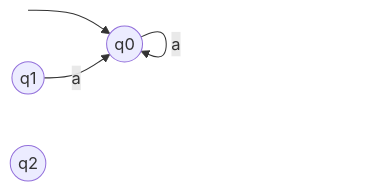
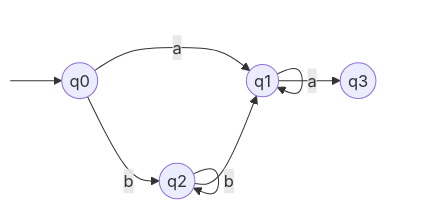
The first of 2 diagrams in sem3/TIN/UE/bf/TI-bf-u03.md (bfeitknecht/vault), drawn with Mermaid before and after one commit. The commit also changed other lines of this file, not shown here.

````diff
--- a/sem3/TIN/UE/bf/TI-bf-u03.md
+++ b/sem3/TIN/UE/bf/TI-bf-u03.md
@@ -24,18 +24,23 @@
 ```mermaid
 flowchart LR
 
 classDef hidden display: none;
 
 S:::hidden
 q0((q0))
 q1((q1))
 q2((q2))
-
+q3((q3))
 
 S --> q0
 
-q0 --->|"a"| q0
+q0 -->|"a"| q1
+q0 -->|"b"| q2
 
-q1 -->|"a"| q0
+q1 -->|"a"| q1
+q2 -->|"b"| q2
+
+q1 --> q3
+q2 --> q1
 
 ```
````
